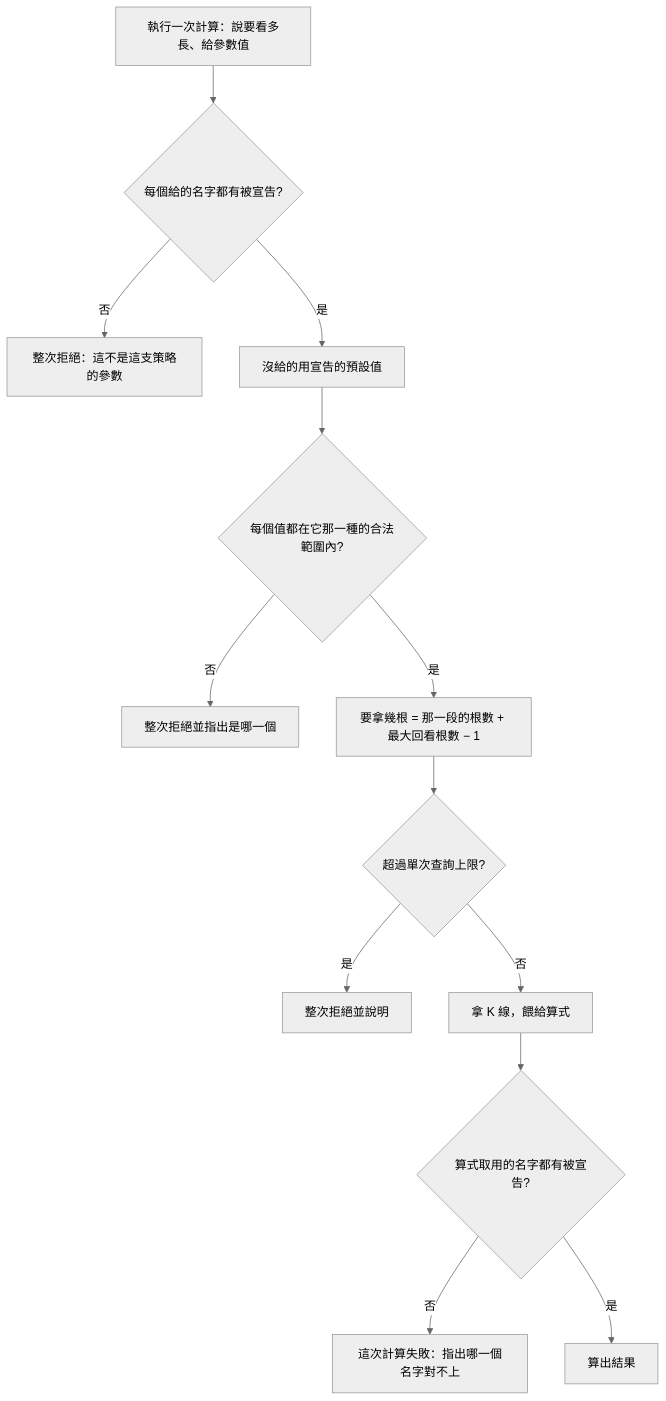
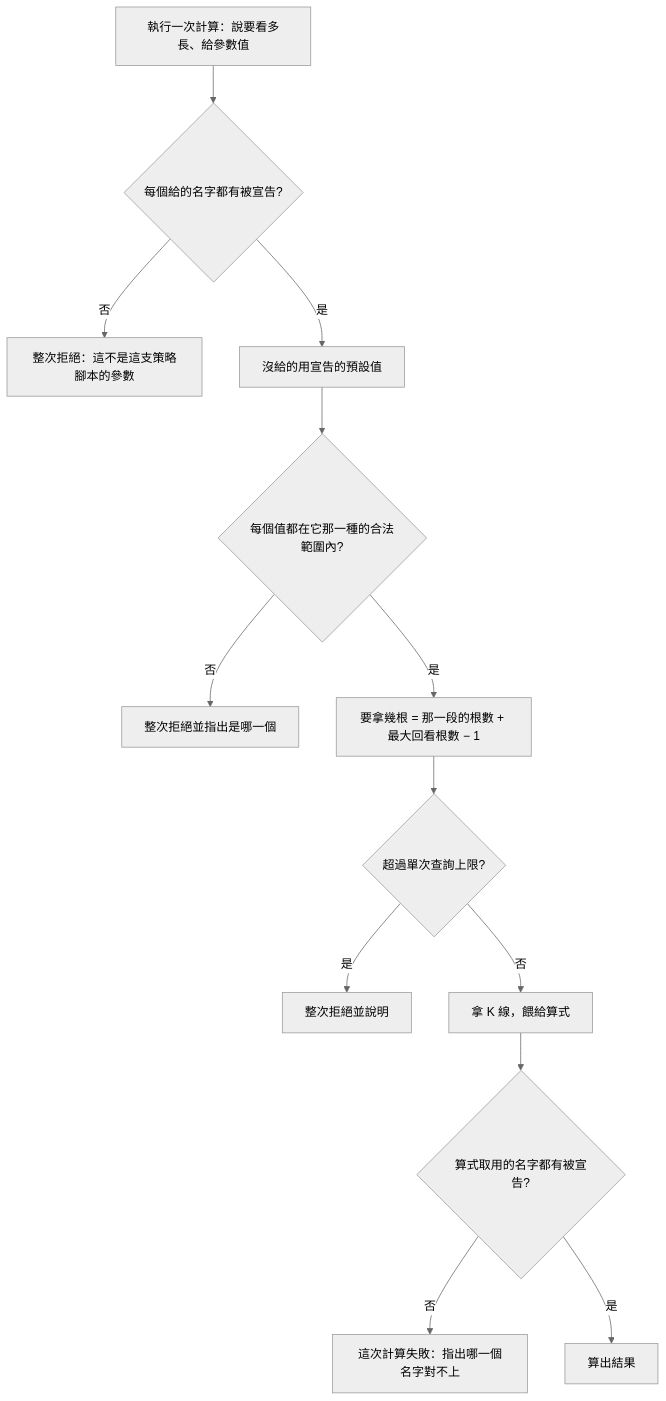
The diagram in .sdd/2026-09-04-strategy-parameters/PRD.md (CodeMachine0121/go-trading), drawn with Mermaid (neutral theme) before and after one commit. The commit also changed other lines of this file and 66 other files, not shown here.

````diff
--- a/.sdd/2026-09-04-strategy-parameters/PRD.md
+++ b/.sdd/2026-09-04-strategy-parameters/PRD.md
@@ -216,15 +216,15 @@
 ```mermaid
 flowchart TD
     A[執行一次計算：說要看多長、給參數值] --> B{每個給的名字都有被宣告?}
-    B -- 否 --> Z1[整次拒絕：這不是這支策略的參數]
+    B -- 否 --> Z1[整次拒絕：這不是這支策略腳本的參數]
     B -- 是 --> C[沒給的用宣告的預設值]
     C --> D{每個值都在它那一種的合法範圍內?}
     D -- 否 --> Z2[整次拒絕並指出是哪一個]
     D -- 是 --> E[要拿幾根 = 那一段的根數 + 最大回看根數 − 1]
     E --> F{超過單次查詢上限?}
     F -- 是 --> Z3[整次拒絕並說明]
     F -- 否 --> G[拿 K 線，餵給算式]
     G --> H{算式取用的名字都有被宣告?}
     H -- 否 --> Z4[這次計算失敗：指出哪一個名字對不上]
     H -- 是 --> I[算出結果]
 ```
````
